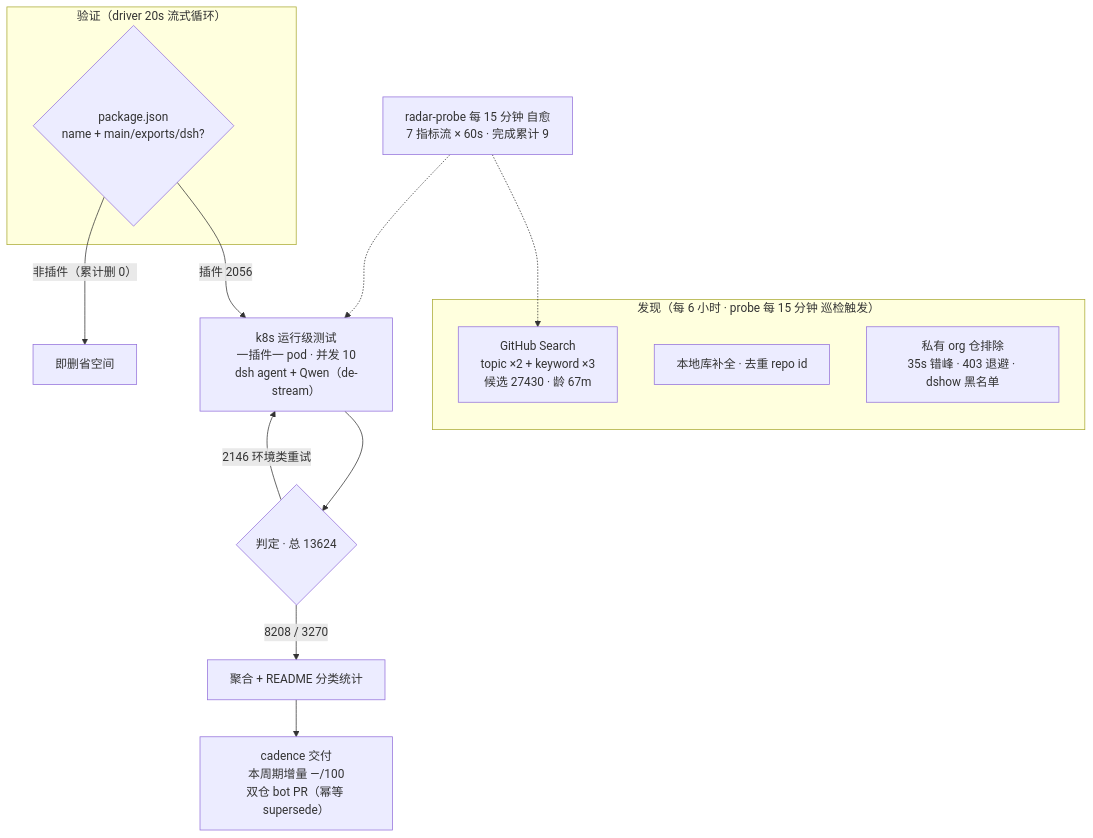
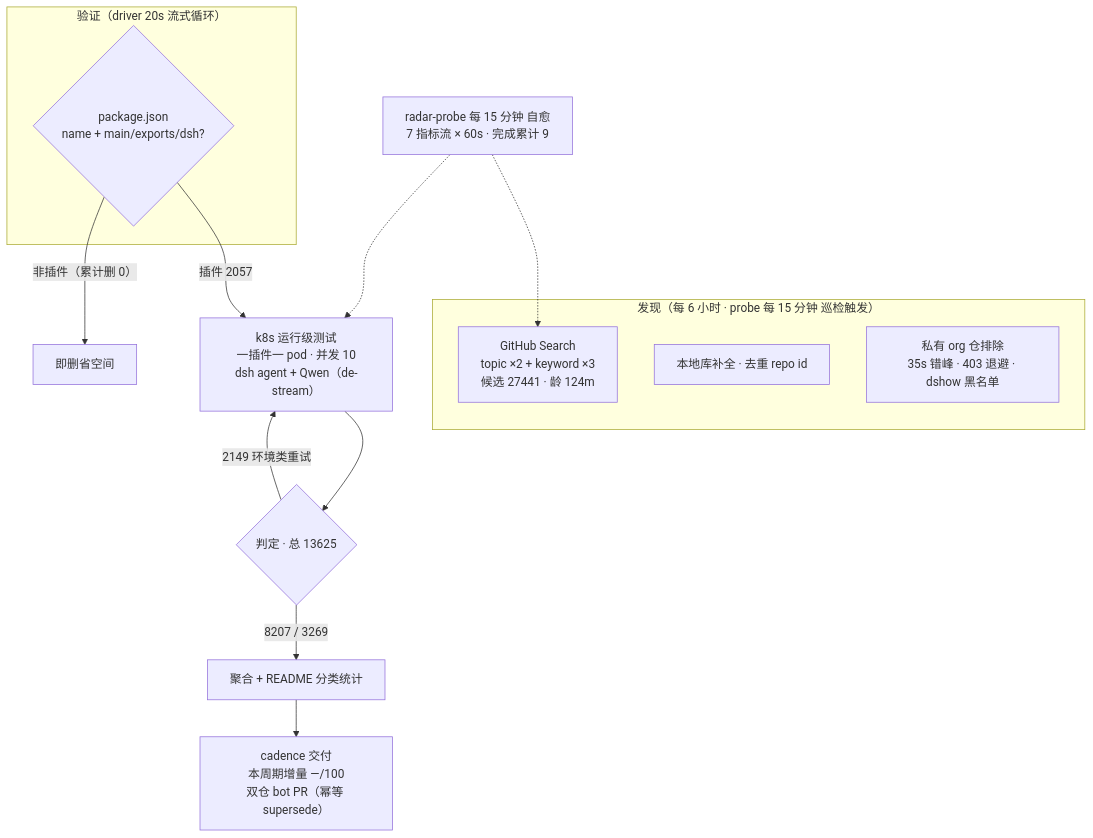
Before and after one commit to Zhidao-Lab-OSS/awesome-dsh-plugins: the diagram in README.md, drawn with Mermaid. The commit also changed other lines of this file and 1 other file, not shown here.

````diff
--- a/README.md
+++ b/README.md
@@ -54,20 +54,20 @@
 ```mermaid
 flowchart TB
     subgraph Discovery["发现（每 6 小时 · probe 每 15 分钟 巡检触发）"]
-        A1["GitHub Search<br/>topic ×2 + keyword ×3<br/>候选 27430 · 龄 67m"]
+        A1["GitHub Search<br/>topic ×2 + keyword ×3<br/>候选 27441 · 龄 124m"]
         A2["本地库补全 · 去重 repo id"]
         A3["私有 org 仓排除<br/>35s 错峰 · 403 退避 · dshow 黑名单"]
     end
     subgraph Validation["验证（driver 20s 流式循环）"]
         B1{"package.json<br/>name + main/exports/dsh?"}
     end
-    B1 -->|"插件 2056"| C1["k8s 运行级测试<br/>一插件一 pod · 并发 10<br/>dsh agent + Qwen（de-stream）"]
+    B1 -->|"插件 2057"| C1["k8s 运行级测试<br/>一插件一 pod · 并发 10<br/>dsh agent + Qwen（de-stream）"]
     B1 -->|"非插件（累计删 0）"| B3["即删省空间"]
-    C1 --> D1{"判定 · 总 13624"}
-    D1 -->|"8208 / 3270"| E1["聚合 + README 分类统计"]
-    D1 -->|"2146 环境类重试"| C1
+    C1 --> D1{"判定 · 总 13625"}
+    D1 -->|"8207 / 3269"| E1["聚合 + README 分类统计"]
+    D1 -->|"2149 环境类重试"| C1
     E1 --> E2["cadence 交付<br/>本周期增量 —/100<br/>双仓 bot PR（幂等 supersede）"]
     M["radar-probe 每 15 分钟 自愈<br/>7 指标流 × 60s · 完成累计 9"]
     M -.-> A1
     M -.-> C1
 ```
````
